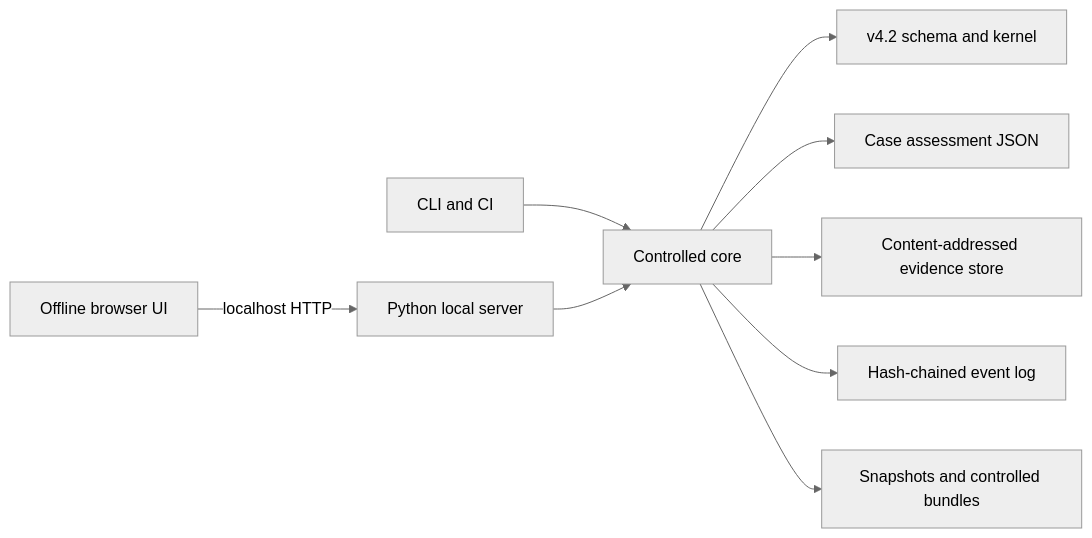
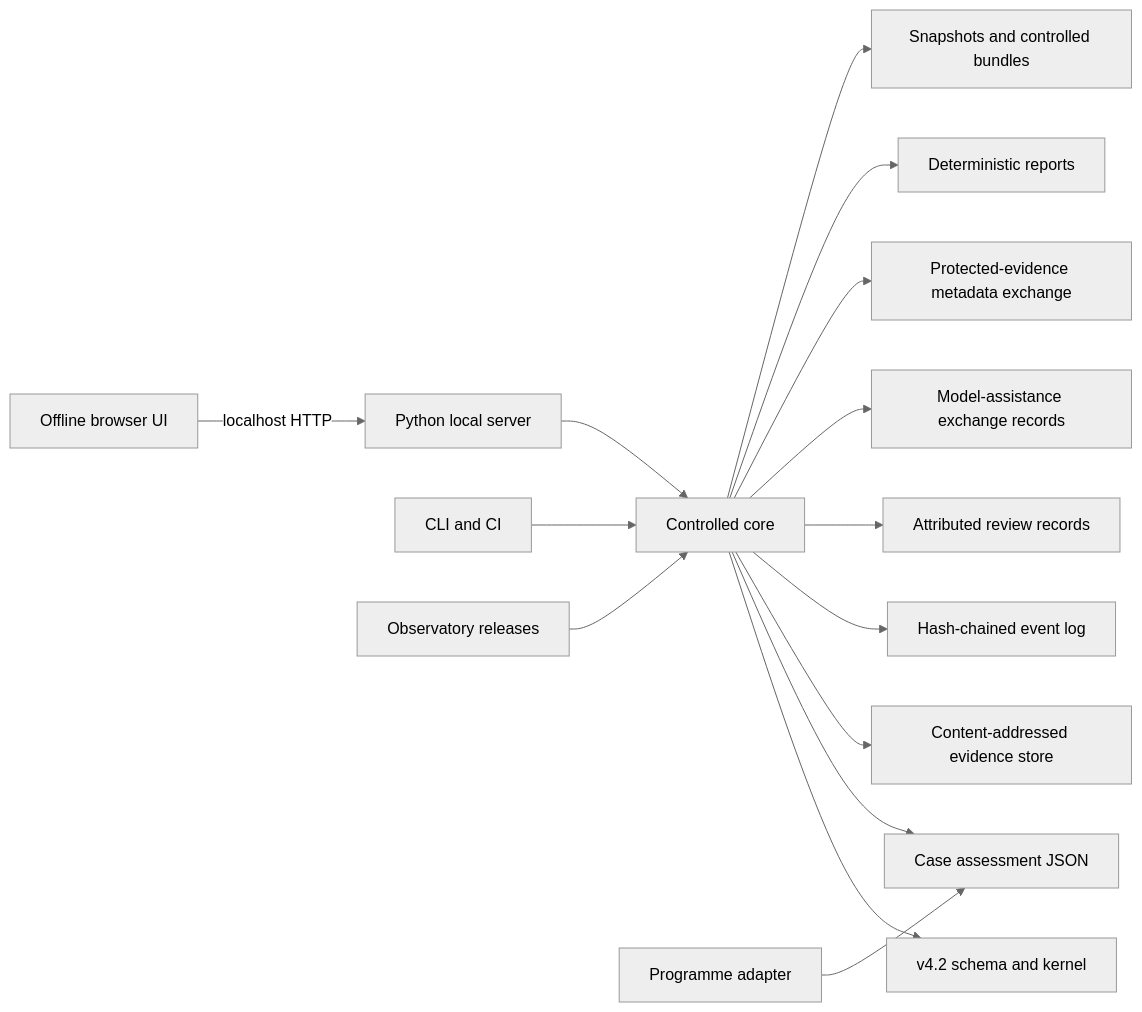
The diagram in docs/architecture/overview.md (fraware/neuroai-workbench), drawn with Mermaid (neutral theme) before and after one commit. The commit also changed other lines of this file and 56 other files, not shown here.

````diff
--- a/docs/architecture/overview.md
+++ b/docs/architecture/overview.md
@@ -7,11 +7,17 @@
 ```mermaid
 flowchart LR
   Browser[Offline browser UI] -->|localhost HTTP| Server[Python local server]
   CLI[CLI and CI] --> Core[Controlled core]
   Server --> Core
   Core --> Schema[v4.2 schema and kernel]
   Core --> Cases[Case assessment JSON]
   Core --> Evidence[Content-addressed evidence store]
   Core --> Events[Hash-chained event log]
+  Core --> Reviews[Attributed review records]
+  Core --> Assistance[Model-assistance exchange records]
+  Core --> Custodian[Protected-evidence metadata exchange]
+  Core --> Reports[Deterministic reports]
   Core --> Snapshots[Snapshots and controlled bundles]
+  Adapter[Programme adapter] --> Cases
+  Observatory[Observatory releases] --> Core
 ```
````
